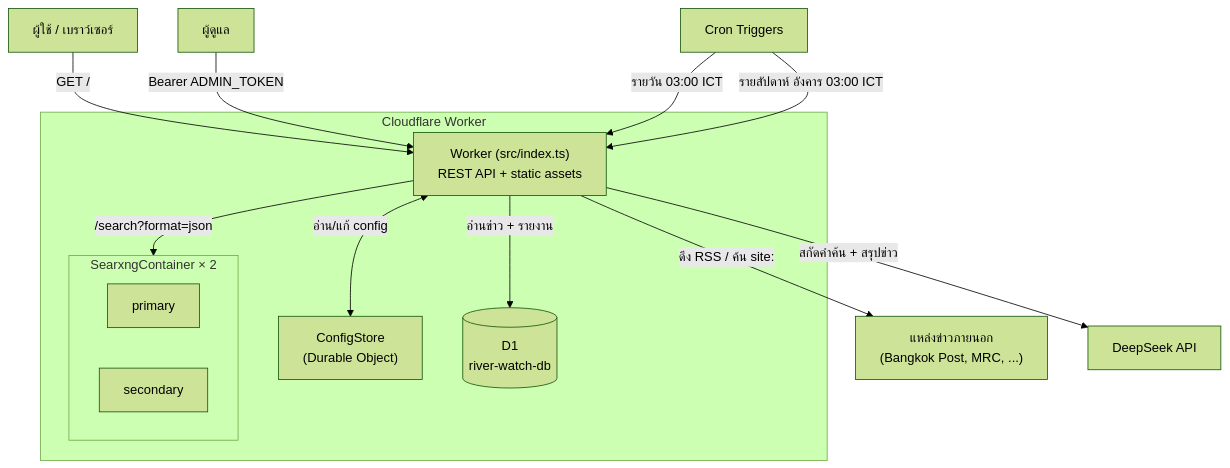
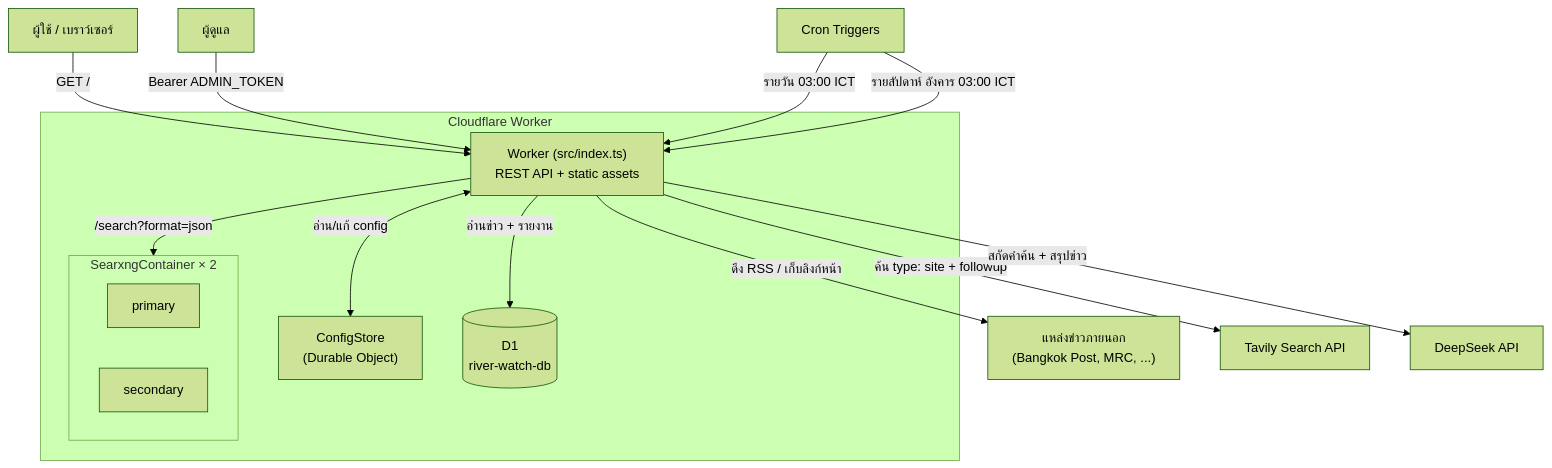
One commit to songpont/searxng-cloudflare changed the first of 2 diagrams in README.md. Above: the diagram before and after it, drawn with Mermaid (forest theme). The commit also changed other lines of this file and 6 other files, not shown here.

````diff
--- a/README.md
+++ b/README.md
@@ -43,24 +43,25 @@
 ```mermaid
 flowchart TD
     subgraph CF["Cloudflare Worker"]
         W["Worker (src/index.ts)<br/>REST API + static assets"]
         CS["ConfigStore<br/>(Durable Object)"]
         subgraph C["SearxngContainer × 2"]
             P["primary"]
             S["secondary"]
         end
         DB[("D1<br/>river-watch-db")]
     end
 
     U["ผู้ใช้ / เบราว์เซอร์"] -->|"GET /"| W
     A["ผู้ดูแล"] -->|"Bearer ADMIN_TOKEN"| W
     W <-->|"อ่าน/แก้ config"| CS
     W -->|"/search?format=json"| C
     W -->|"อ่านข่าว + รายงาน"| DB
 
     CRON["Cron Triggers"] -->|"รายวัน 03:00 ICT"| W
     CRON -->|"รายสัปดาห์ อังคาร 03:00 ICT"| W
 
-    W -->|"ดึง RSS / ค้น site:"| EXT["แหล่งข่าวภายนอก<br/>(Bangkok Post, MRC, ...)"]
+    W -->|"ดึง RSS / เก็บลิงก์หน้า"| EXT["แหล่งข่าวภายนอก<br/>(Bangkok Post, MRC, ...)"]
+    W -->|"ค้น type: site + followup"| TAVILY["Tavily Search API"]
     W -->|"สกัดคำค้น + สรุปข่าว"| LLM["DeepSeek API"]
 ```
````
